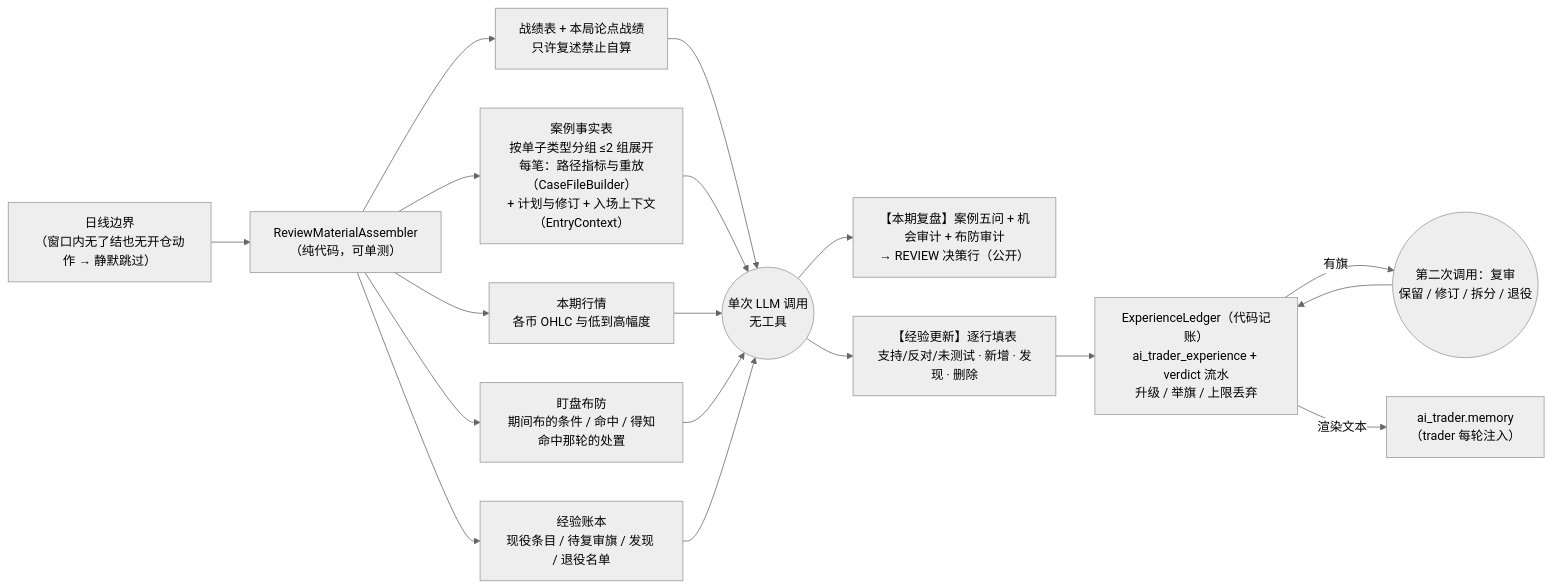
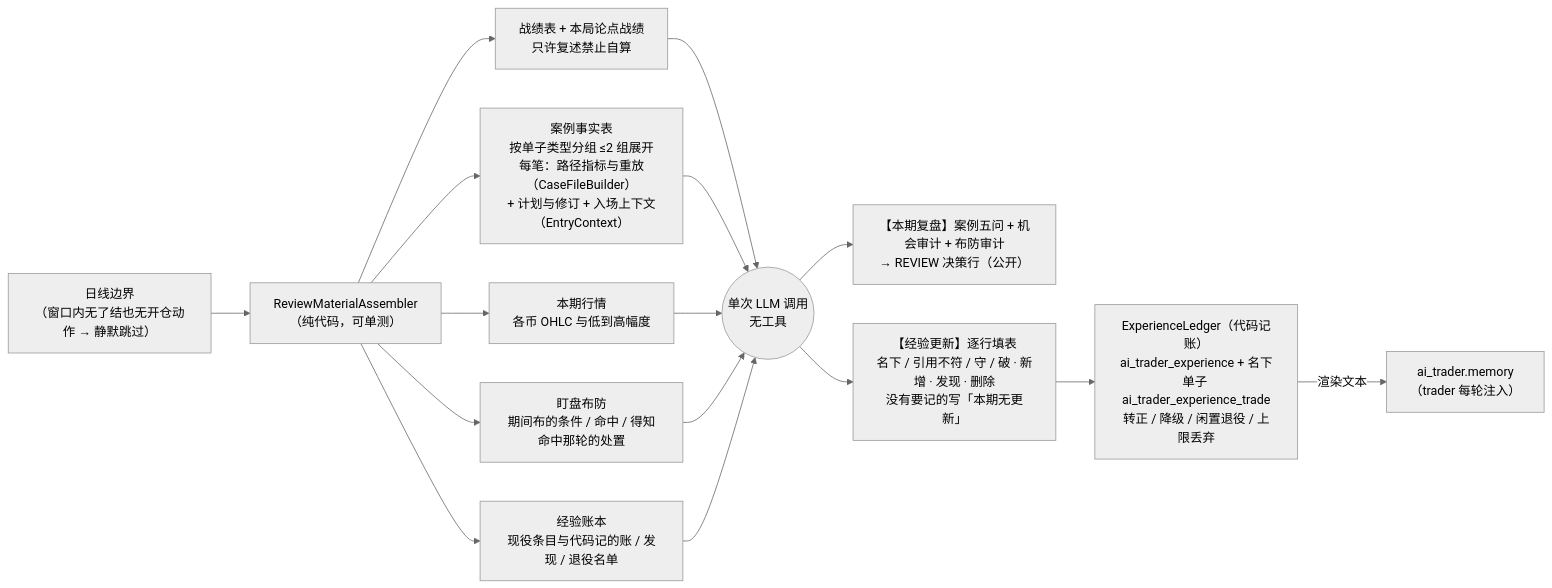
Before and after one commit to mamawai/wtfibought: the third of 5 diagrams in docs/agent-harness/architecture.md, drawn with Mermaid (neutral theme). The commit also changed other lines of this file and 1 other file, not shown here.

````diff
--- a/docs/agent-harness/architecture.md
+++ b/docs/agent-harness/architecture.md
@@ -93,16 +93,14 @@
 ```mermaid
 flowchart LR
     B["日线边界<br/>（窗口内无了结也无开仓动作 → 静默跳过）"] --> RMA["ReviewMaterialAssembler<br/>（纯代码，可单测）"]
     RMA --> F1["战绩表 + 本局论点战绩<br/>只许复述禁止自算"]
     RMA --> F2["案例事实表<br/>按单子类型分组 ≤2 组展开<br/>每笔：路径指标与重放（CaseFileBuilder）<br/>+ 计划与修订 + 入场上下文（EntryContext）"]
     RMA --> F3["本期行情<br/>各币 OHLC 与低到高幅度"]
     RMA --> F5["盯盘布防<br/>期间布的条件 / 命中 / 得知命中那轮的处置"]
-    RMA --> F4["经验账本<br/>现役条目 / 待复审旗 / 发现 / 退役名单"]
+    RMA --> F4["经验账本<br/>现役条目与代码记的账 / 发现 / 退役名单"]
     F1 & F2 & F3 & F5 & F4 --> LLM(("单次 LLM 调用<br/>无工具"))
     LLM --> P1["【本期复盘】案例五问 + 机会审计 + 布防审计<br/>→ REVIEW 决策行（公开）"]
-    LLM --> P2["【经验更新】逐行填表<br/>支持/反对/未测试 · 新增 · 发现 · 删除"]
-    P2 --> LED["ExperienceLedger（代码记账）<br/>ai_trader_experience + verdict 流水<br/>升级 / 举旗 / 上限丢弃"]
-    LED -->|"有旗"| AUD(("第二次调用：复审<br/>保留 / 修订 / 拆分 / 退役"))
-    AUD --> LED
+    LLM --> P2["【经验更新】逐行填表<br/>名下 / 引用不符 / 守 / 破 · 新增 · 发现 · 删除<br/>没有要记的写「本期无更新」"]
+    P2 --> LED["ExperienceLedger（代码记账）<br/>ai_trader_experience + 名下单子 ai_trader_experience_trade<br/>转正 / 降级 / 闲置退役 / 上限丢弃"]
     LED -->|"渲染文本"| MEM["ai_trader.memory<br/>（trader 每轮注入）"]
 ```
````
